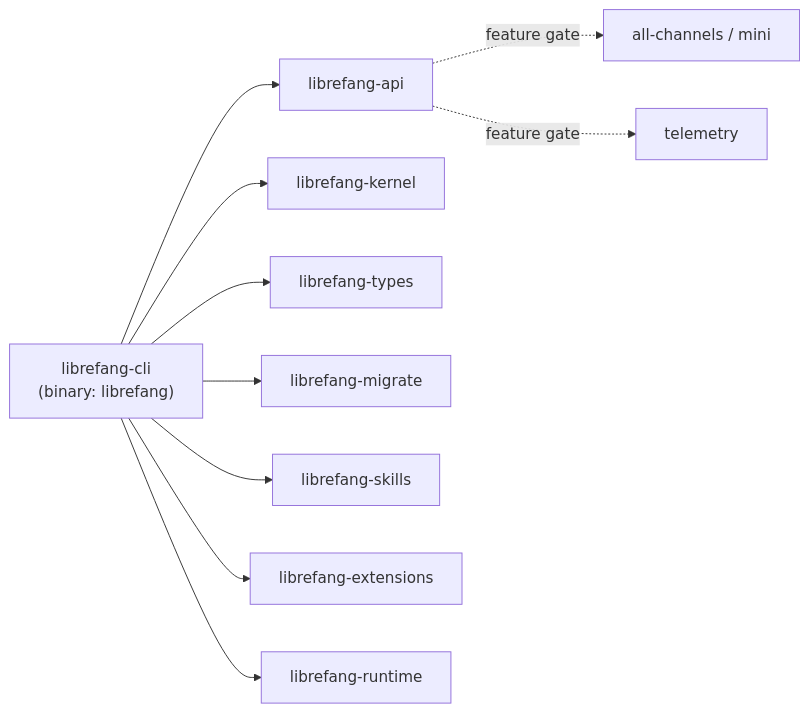
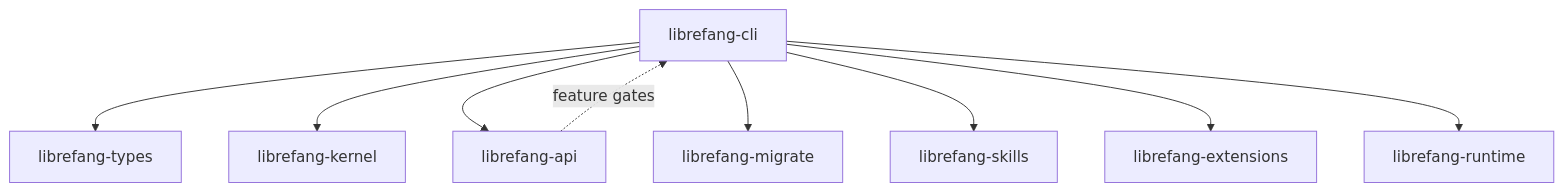
The diagram in other-librefang-cli.md (leszek3737/librefang-WIki), drawn with Mermaid before and after one commit. The commit also changed other lines of this file and 98 other files, not shown here.

````diff
--- a/other-librefang-cli.md
+++ b/other-librefang-cli.md
@@ -54,14 +34,11 @@
 ```mermaid
-graph LR
-    CLI["librefang-cli<br/>(binary: librefang)"]
-    CLI --> API["librefang-api"]
-    CLI --> KERNEL["librefang-kernel"]
-    CLI --> TYPES["librefang-types"]
-    CLI --> MIGRATE["librefang-migrate"]
-    CLI --> SKILLS["librefang-skills"]
-    CLI --> EXT["librefang-extensions"]
-    CLI --> RUNTIME["librefang-runtime"]
-
-    API -.->|"feature gate"| CHANNELS["all-channels / mini"]
-    API -.->|"feature gate"| TELE["telemetry"]
+graph TD
+    CLI[librefang-cli] --> TYPES[librefang-types]
+    CLI --> KERNEL[librefang-kernel]
+    CLI --> API[librefang-api]
+    CLI --> MIGRATE[librefang-migrate]
+    CLI --> SKILLS[librefang-skills]
+    CLI --> EXT[librefang-extensions]
+    CLI --> RUNTIME[librefang-runtime]
+    API -.->|feature gates| CLI
 ```
````
